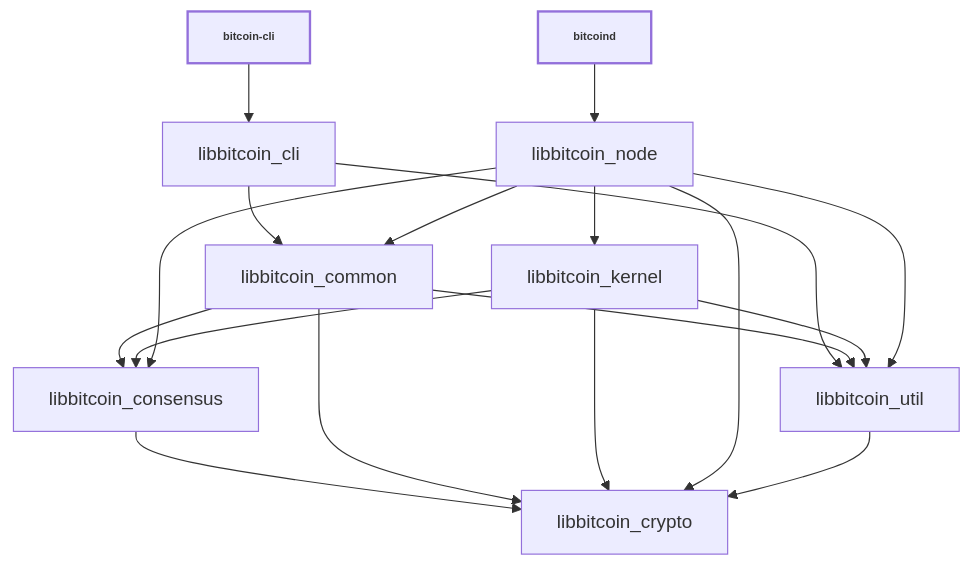
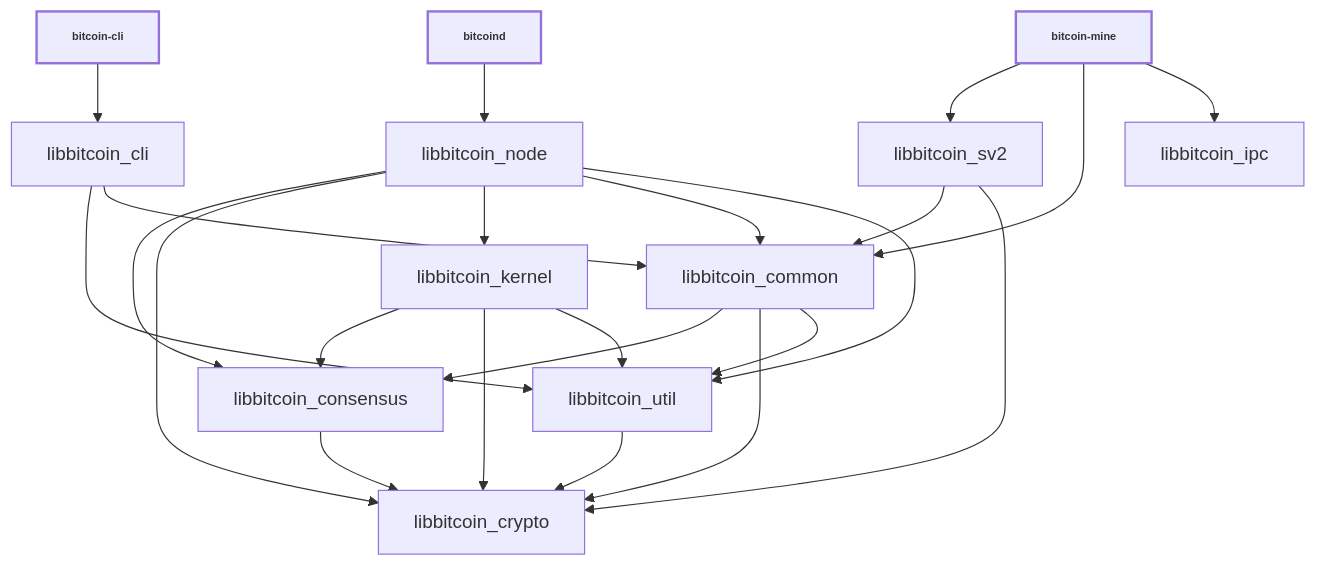
The diagram in doc/design/libraries.md (Sjors/bitcoin), drawn with Mermaid before and after one commit.

Commit message:
Document bitcoin-mine deps

````diff
--- a/doc/design/libraries.md
+++ b/doc/design/libraries.md
@@ -32,34 +32,41 @@
 ```mermaid
 
 %%{ init : { "flowchart" : { "curve" : "basis" }}}%%
 
 graph TD;
 
 bitcoin-cli[bitcoin-cli]-->libbitcoin_cli;
 
 bitcoind[bitcoind]-->libbitcoin_node;
 
 libbitcoin_cli-->libbitcoin_util;
 libbitcoin_cli-->libbitcoin_common;
+
+bitcoin-mine-->libbitcoin_sv2;
+bitcoin-mine-->libbitcoin_common;
+bitcoin-mine-->libbitcoin_ipc;
 
 libbitcoin_consensus-->libbitcoin_crypto;
 
 libbitcoin_common-->libbitcoin_consensus;
 libbitcoin_common-->libbitcoin_crypto;
 libbitcoin_common-->libbitcoin_util;
 
 libbitcoin_kernel-->libbitcoin_consensus;
 libbitcoin_kernel-->libbitcoin_crypto;
 libbitcoin_kernel-->libbitcoin_util;
 
 libbitcoin_node-->libbitcoin_consensus;
 libbitcoin_node-->libbitcoin_crypto;
 libbitcoin_node-->libbitcoin_kernel;
 libbitcoin_node-->libbitcoin_common;
 libbitcoin_node-->libbitcoin_util;
 
 libbitcoin_util-->libbitcoin_crypto;
 
+libbitcoin_sv2-->libbitcoin_common;
+libbitcoin_sv2-->libbitcoin_crypto;
+
 classDef bold stroke-width:2px, font-weight:bold, font-size: smaller;
-class bitcoind,bitcoin-cli bold
+class bitcoind,bitcoin-cli,bitcoin-mine bold
 ```
````
